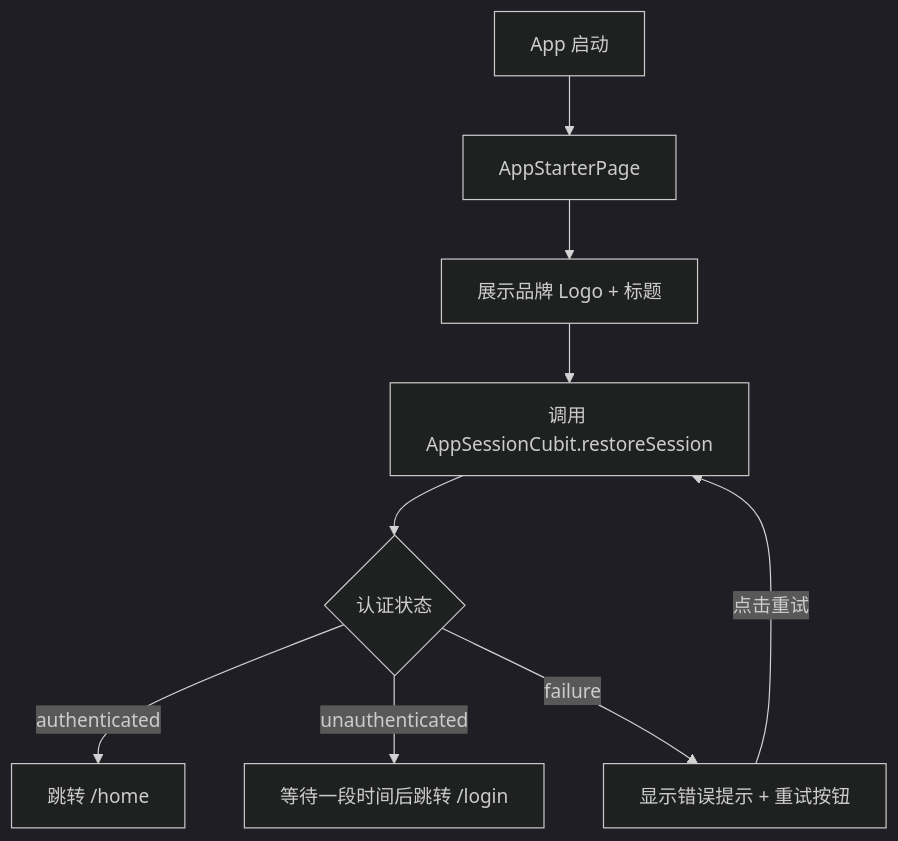
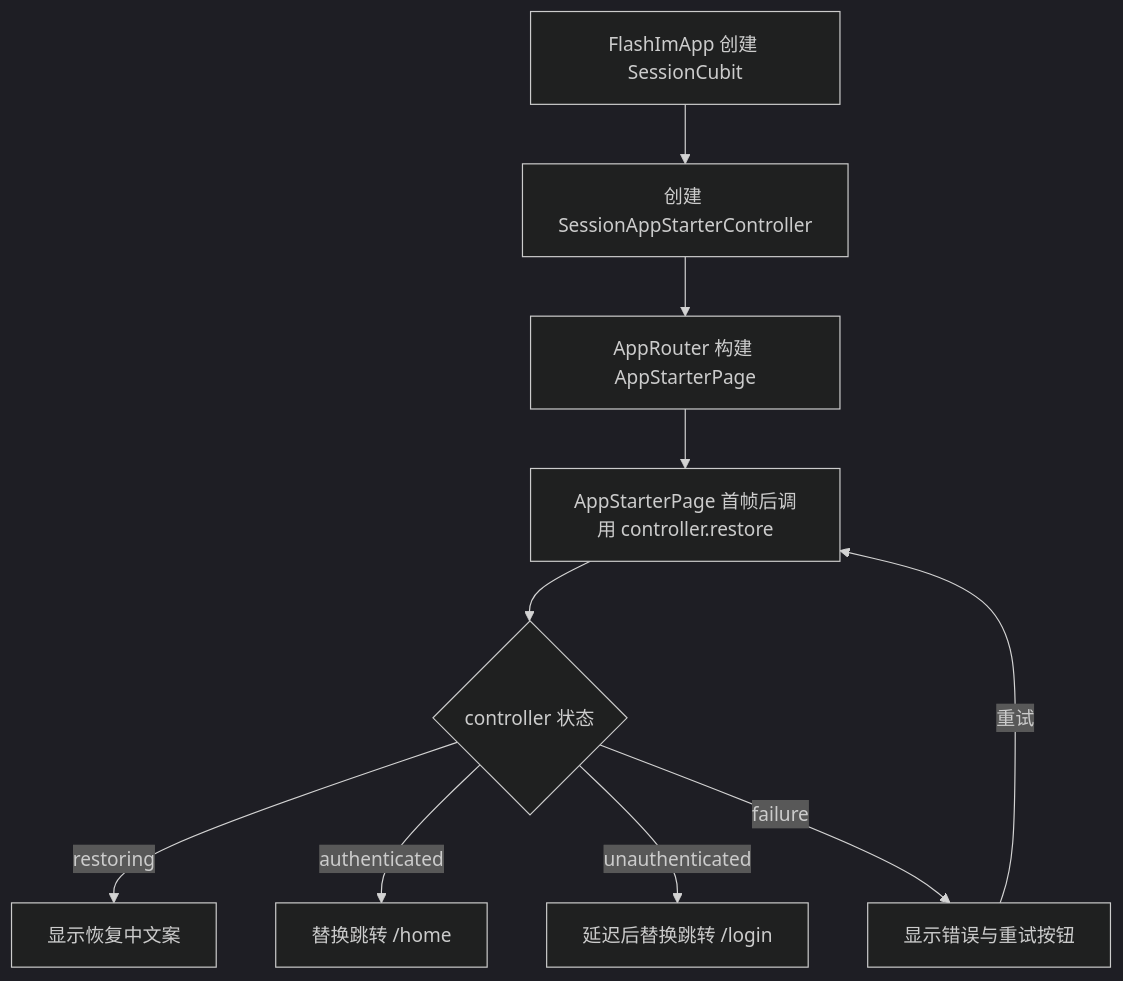
Before and after one commit to RainyJiang22/FlashIM_by_ai: the third of 4 diagrams in docs/features/starter/v0.0.2/client/design.md, drawn with Mermaid (dark theme). The commit also changed other lines of this file and 31 other files, not shown here.

Commit message:
refactor(starter):重构启动模块,改为宿主注入启动控制器，解除flash_starter对 flash_session 的直接依赖

````diff
--- a/docs/features/starter/v0.0.2/client/design.md
+++ b/docs/features/starter/v0.0.2/client/design.md
@@ -105,11 +174,12 @@
 ```mermaid
 flowchart TD
-    A[App 启动] --> B[AppStarterPage]
-    B --> B1[展示品牌 Logo + 标题]
-    B1 --> B2[调用 AppSessionCubit.restoreSession]
-    B2 --> C{认证状态}
-    C -->|authenticated| D[跳转 /home]
-    C -->|unauthenticated| E[等待一段时间后跳转 /login]
-    C -->|failure| F[显示错误提示 + 重试按钮]
-    F -->|点击重试| B2
+    A[FlashImApp 创建 SessionCubit] --> B[创建 SessionAppStarterController]
+    B --> C[AppRouter 构建 AppStarterPage]
+    C --> D[AppStarterPage 首帧后调用 controller.restore]
+    D --> E{controller 状态}
+    E -->|restoring| F[显示恢复中文案]
+    E -->|authenticated| G[替换跳转 /home]
+    E -->|unauthenticated| H[延迟后替换跳转 /login]
+    E -->|failure| I[显示错误与重试按钮]
+    I -->|重试| D
 ```
````
